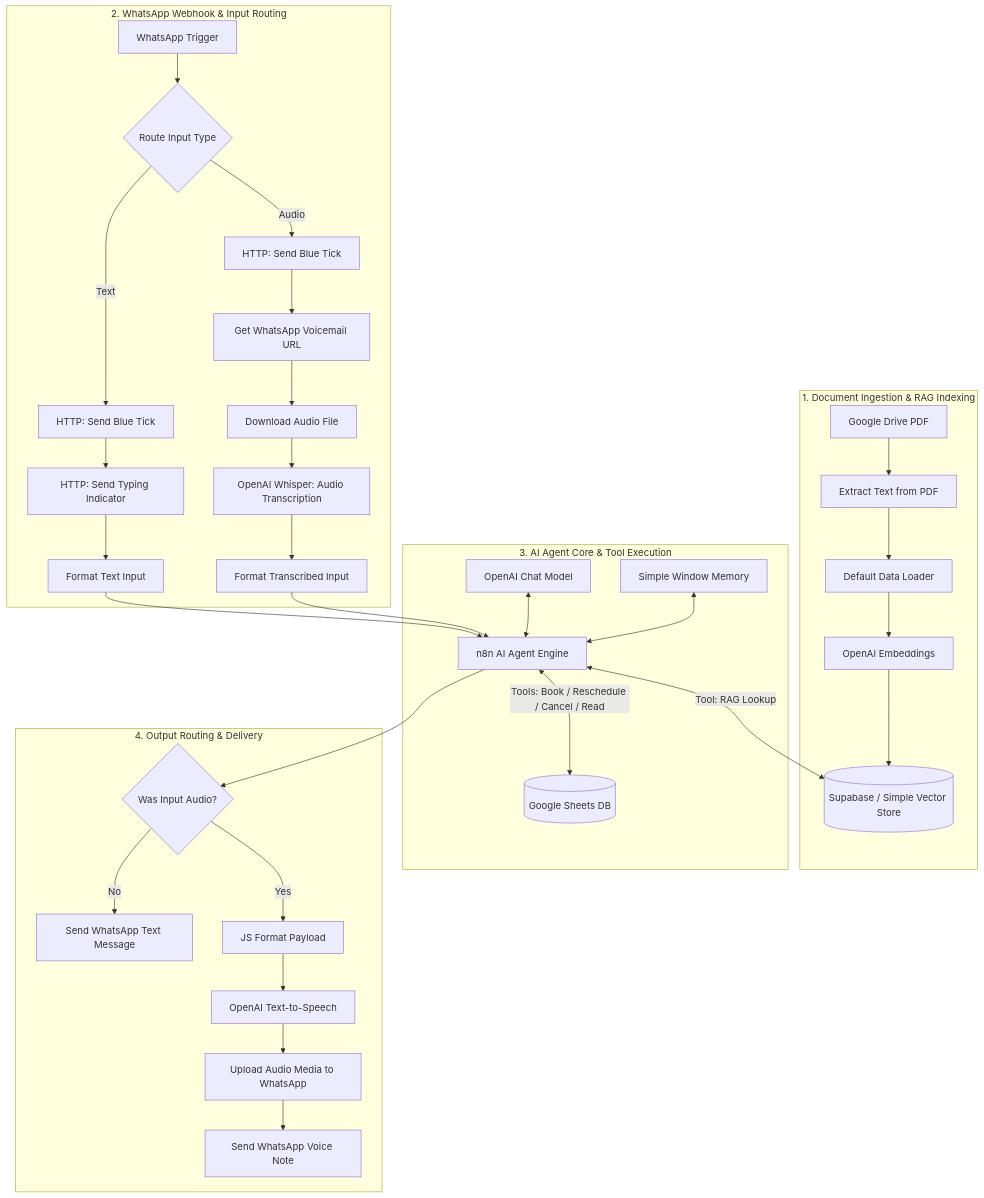
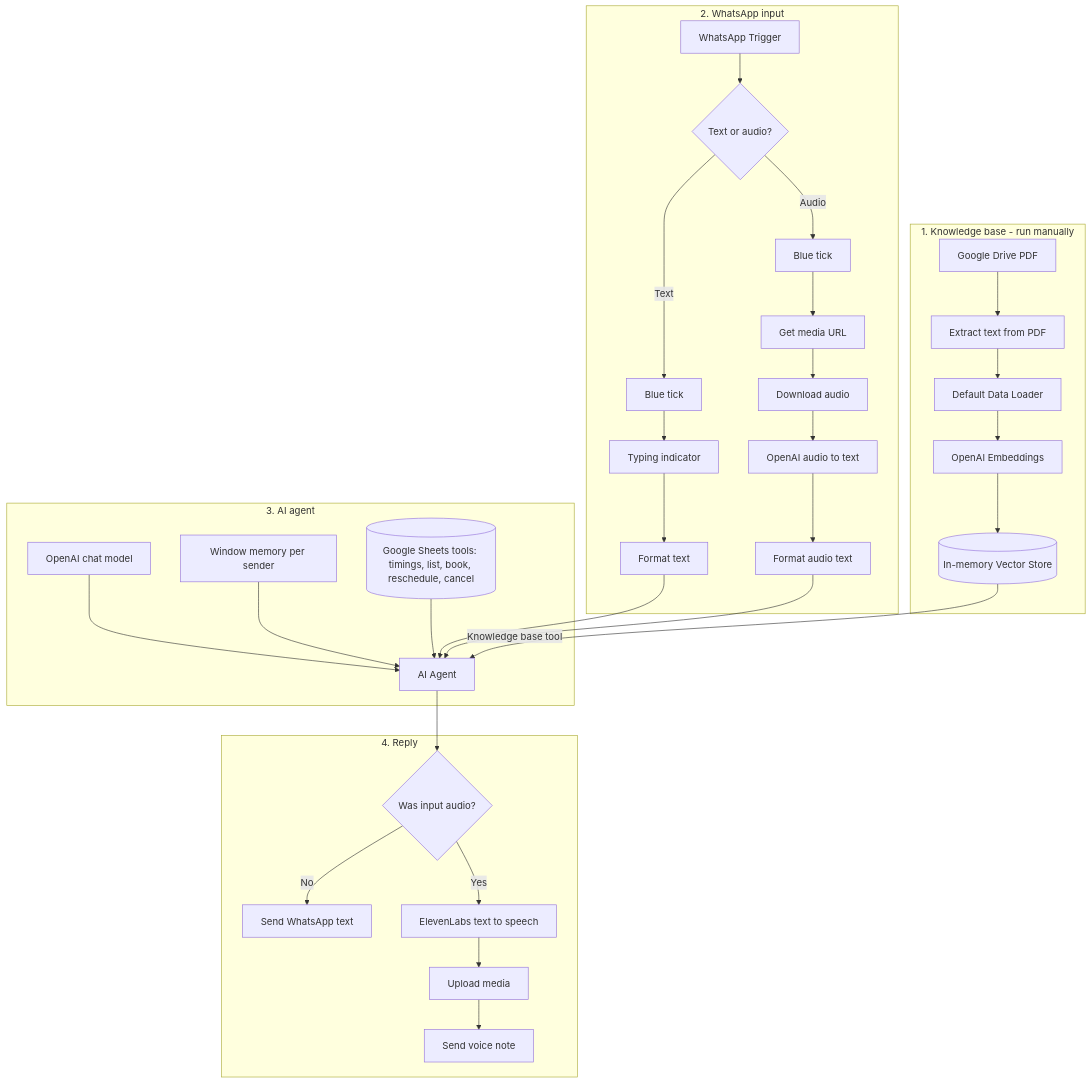
Before and after one commit to MuhammadFahad-offcl/WhatsApp-Appointment-Agent-n8n: the diagram in README.md, drawn with Mermaid. The commit also changed other lines of this file and 3 other files, not shown here.

````diff
--- a/README.md
+++ b/README.md
@@ -9,50 +9,30 @@
 ```mermaid
 flowchart TD
-    subgraph Knowledge_Ingestion [1. Document Ingestion & RAG Indexing]
-        GD[Google Drive PDF] --> Extract[Extract Text from PDF]
+    subgraph Knowledge [1. Knowledge base - run manually]
+        GD[Google Drive PDF] --> Extract[Extract text from PDF]
         Extract --> Loader[Default Data Loader]
         Loader --> Emb1[OpenAI Embeddings]
-        Emb1 --> VectorStore[(Supabase / Simple Vector Store)]
+        Emb1 --> VS[(In-memory Vector Store)]
     end
 
-    subgraph Inbound_Handling [2. WhatsApp Webhook & Input Routing]
-        WATrigger[WhatsApp Trigger] --> Route{Route Input Type}
-        
-        %% Text Pipeline
-        Route -->|Text| BT1[HTTP: Send Blue Tick]
-        BT1 --> TI1[HTTP: Send Typing Indicator]
-        TI1 --> TextFormat[Format Text Input]
-        
-        %% Audio Pipeline
-        Route -->|Audio| BT2[HTTP: Send Blue Tick]
-        BT2 --> GetVM[Get WhatsApp Voicemail URL]
-        GetVM --> DLVM[Download Audio File]
-        DLVM --> Whisper[OpenAI Whisper: Audio Transcription]
-        Whisper --> AudioFormat[Format Transcribed Input]
+    subgraph Inbound [2. WhatsApp input]
+        WA[WhatsApp Trigger] --> Route{Text or audio?}
+        Route -->|Text| T1[Blue tick] --> T2[Typing indicator] --> TextFmt[Format text]
+        Route -->|Audio| A1[Blue tick] --> A2[Get media URL] --> A3[Download audio] --> A4[OpenAI audio to text] --> AudioFmt[Format audio text]
     end
 
-    subgraph AI_Engine [3. AI Agent Core & Tool Execution]
-        TextFormat --> Agent[n8n AI Agent Engine]
-        AudioFormat --> Agent
-        
-        LLM[OpenAI Chat Model] <--> Agent
-        Memory[Simple Window Memory] <--> Agent
-        
-        %% Tools
-        Agent <-->|Tool: RAG Lookup| VectorStore
-        Agent <-->|Tools: Book / Reschedule / Cancel / Read| GSheets[(Google Sheets DB)]
+    subgraph Agent [3. AI agent]
+        TextFmt --> AI[AI Agent]
+        AudioFmt --> AI
+        LLM[OpenAI chat model] --> AI
+        Mem[Window memory per sender] --> AI
+        VS -->|Knowledge base tool| AI
+        Sheets[(Google Sheets tools: timings, list, book, reschedule, cancel)] --> AI
     end
 
-    subgraph Outbound_Response [4. Output Routing & Delivery]
-        Agent --> ModeCheck{Was Input Audio?}
-        
-        %% Text Output
-        ModeCheck -->|No| SendText[Send WhatsApp Text Message]
-        
-        %% Audio Output
-        ModeCheck -->|Yes| JSCode[JS Format Payload]
-        JSCode --> TTS[OpenAI Text-to-Speech]
-        TTS --> Upload[Upload Audio Media to WhatsApp]
-        Upload --> SendVoice[Send WhatsApp Voice Note]
+    subgraph Outbound [4. Reply]
+        AI --> Check{Was input audio?}
+        Check -->|No| Send[Send WhatsApp text]
+        Check -->|Yes| TTS[ElevenLabs text to speech] --> Upload[Upload media] --> Voice[Send voice note]
     end
 ```
````
